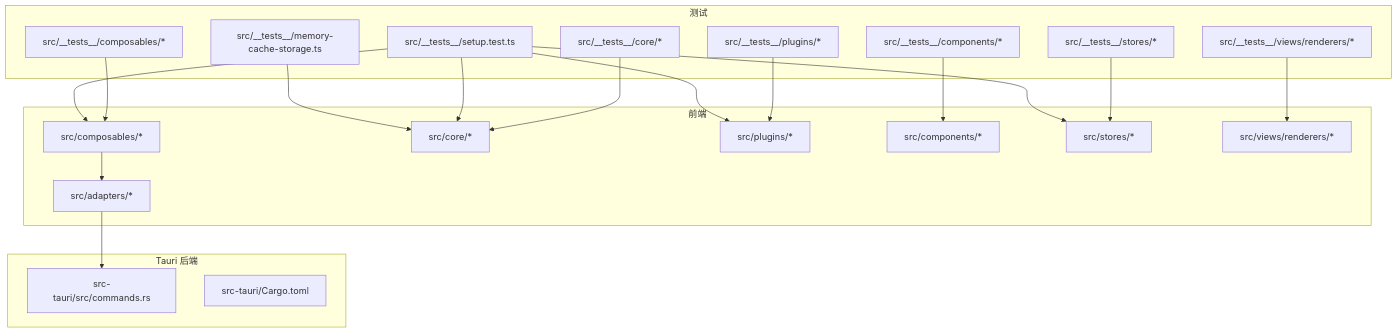
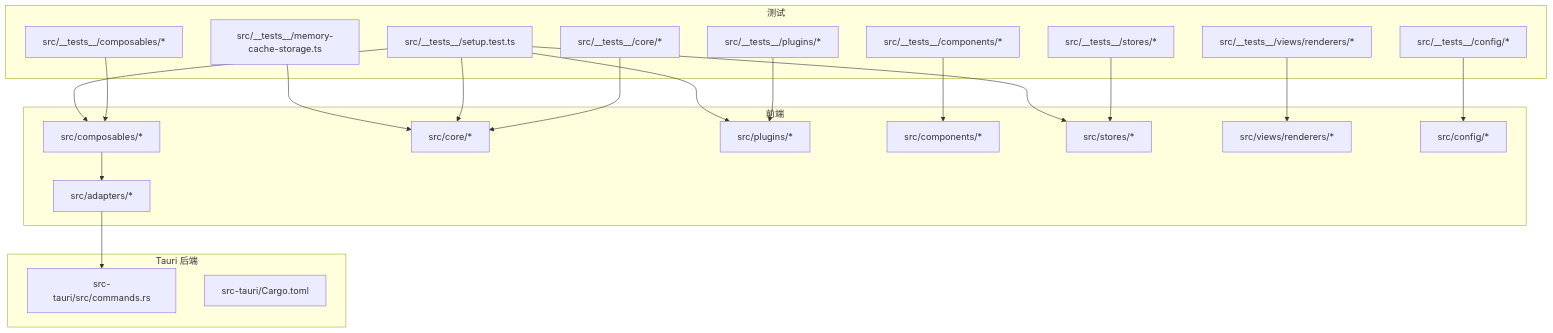
One commit to taoweidong/Hello-Tauri changed the first of 4 diagrams in .qoder/repowiki/zh/content/测试指南.md. Above: the diagram before and after it, drawn with Mermaid. The commit also changed other lines of this file and 8 other files, not shown here.

````diff
--- a/.qoder/repowiki/zh/content/测试指南.md
+++ b/.qoder/repowiki/zh/content/测试指南.md
@@ -85,39 +98,42 @@
 ```mermaid
 graph TB
 subgraph "前端"
 A["src/composables/*"]
 B["src/core/*"]
 C["src/plugins/*"]
 D["src/components/*"]
 E["src/stores/*"]
 F["src/adapters/*"]
 G["src/views/renderers/*"]
+H["src/config/*"]
 end
 subgraph "测试"
 T1["src/__tests__/composables/*"]
 T2["src/__tests__/core/*"]
 T3["src/__tests__/plugins/*"]
 T4["src/__tests__/components/*"]
 T5["src/__tests__/stores/*"]
 T6["src/__tests__/views/renderers/*"]
+T7["src/__tests__/config/*"]
 T0["src/__tests__/setup.test.ts"]
 TM["src/__tests__/memory-cache-storage.ts"]
 end
 subgraph "Tauri 后端"
 R1["src-tauri/src/commands.rs"]
 R2["src-tauri/Cargo.toml"]
 end
 T1 --> A
 T2 --> B
 T3 --> C
 T4 --> D
 T5 --> E
 T6 --> G
+T7 --> H
 T0 --> A
 T0 --> B
 T0 --> C
 T0 --> E
 TM --> B
 A --> F
 F --> R1
 ```
````
